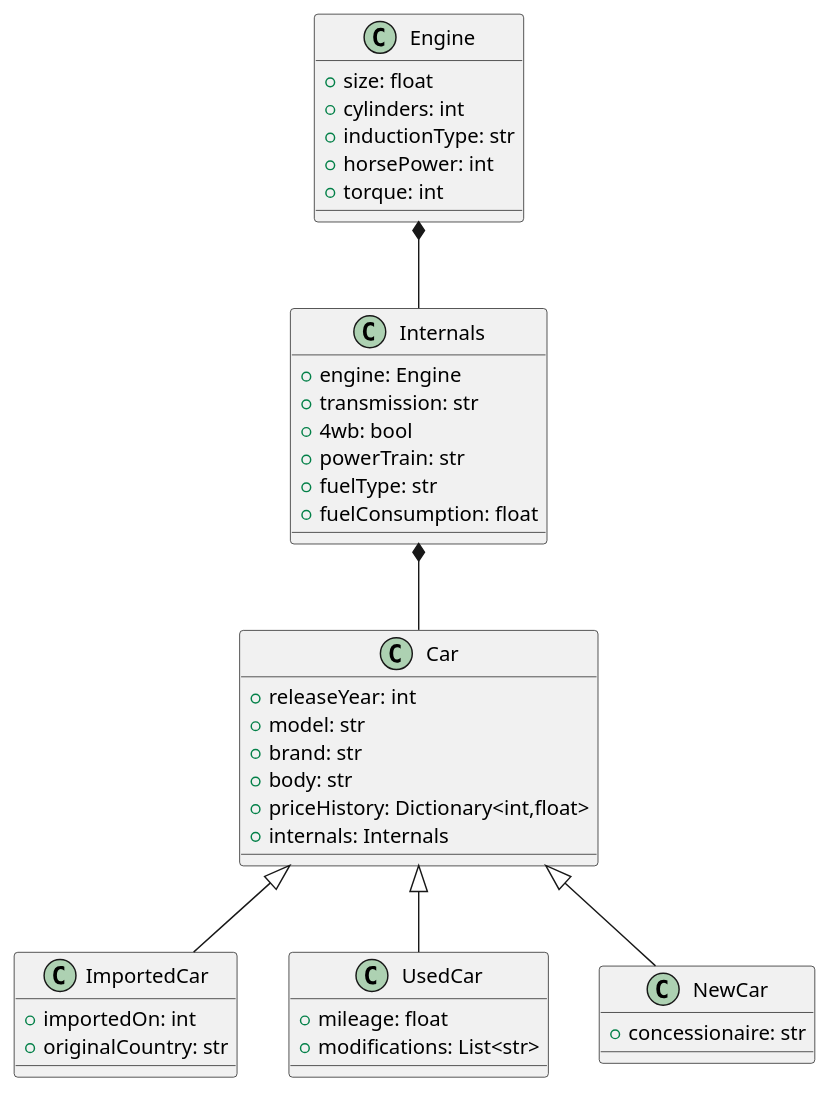
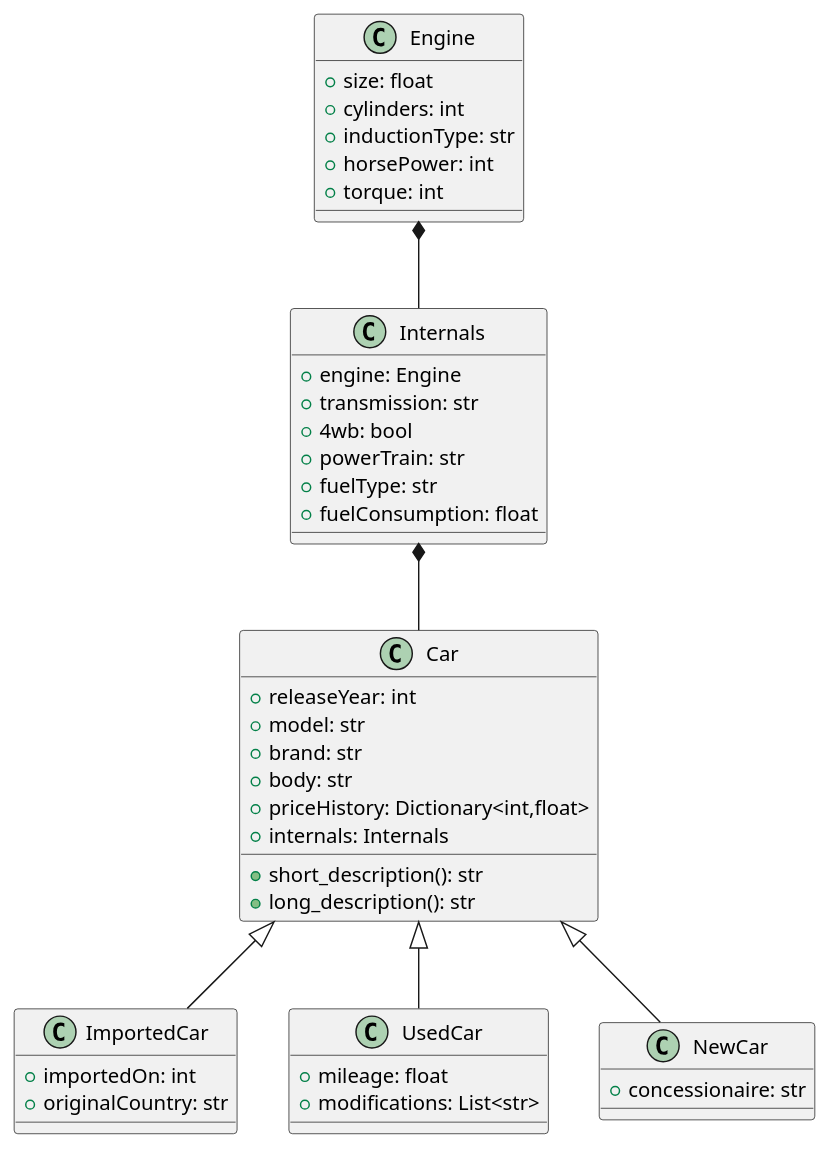
The diagram in Carpedia.puml (ooplata/carpedia), drawn with PlantUML before and after one commit.

Commit message:
Added description methods to UML

```diff
--- a/Carpedia.puml
+++ b/Carpedia.puml
@@ -1,44 +1,47 @@
 @startuml Project
 class ImportedCar extends Car {
     +importedOn: int
     +originalCountry: str
 }
 
 class UsedCar extends Car {
     +mileage: float
     +modifications: List<str>
 }
 
 class NewCar extends Car {
     +concessionaire: str
 }
 
 Engine *-- Internals
 Internals *-- Car
 
 class Car {
     +releaseYear: int
     +model: str
     +brand: str
     +body: str
     +priceHistory: Dictionary<int,float>
     +internals: Internals
+
+    +short_description(): str
+    +long_description(): str
 }
 
 class Internals {
     +engine: Engine
     +transmission: str
     +4wb: bool
     +powerTrain: str
     +fuelType: str
     +fuelConsumption: float
 }
 
 class Engine {
     +size: float
     +cylinders: int
     +inductionType: str
     +horsePower: int
     +torque: int
 }
 @enduml
```
